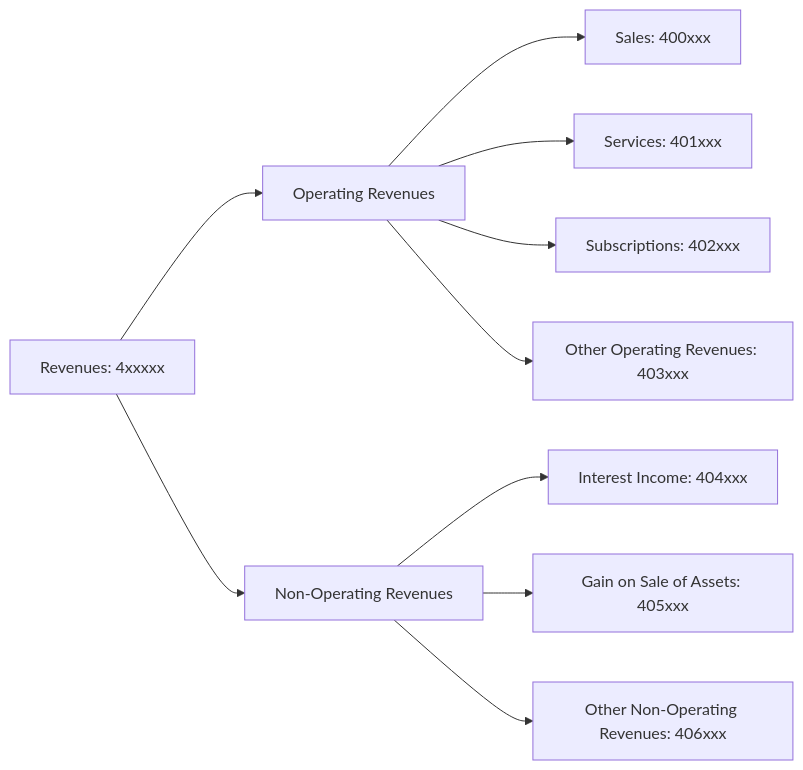
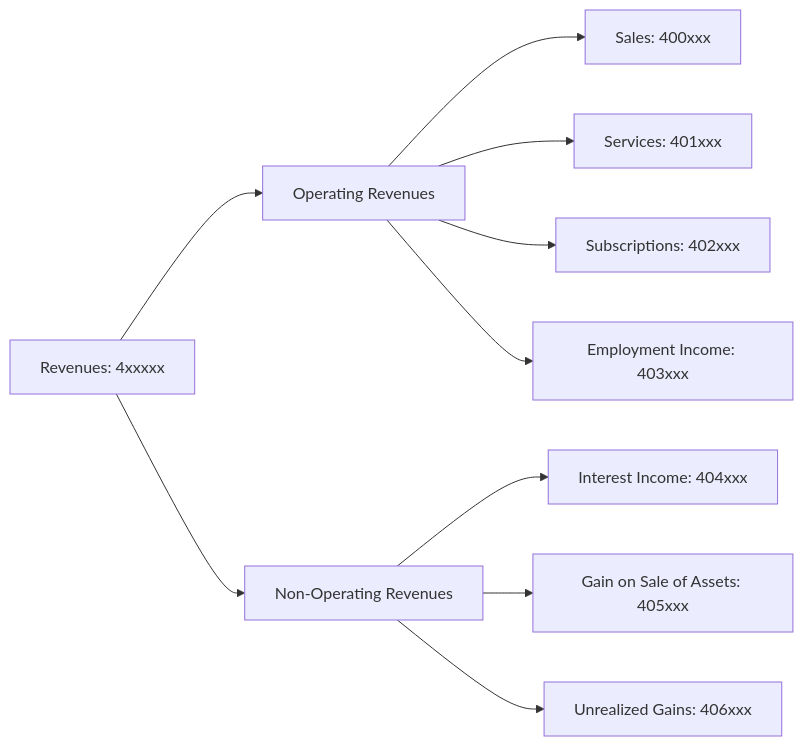
One commit to oosahon/ledgernova-core changed the diagram in src/domain/accounting/__doc__/assets/coa-revenues.mermaid. Above: the diagram before and after it, drawn with Mermaid. The commit also changed 276 other files, not shown here.

```diff
--- a/src/domain/accounting/__doc__/assets/coa-revenues.mermaid
+++ b/src/domain/accounting/__doc__/assets/coa-revenues.mermaid
@@ -1,16 +1,17 @@
 flowchart LR
     Revenues["Revenues: 4xxxxx"]
 
     OperatingRevenues["Operating Revenues"]
         Sales["Sales: 400xxx"]
         Services["Services: 401xxx"]
         Subscriptions["Subscriptions: 402xxx"]
-        OtherOperatingRevenues["Other Operating Revenues: 403xxx"]
+        EmploymentIncome["Employment Income: 403xxx"]
+        
     NonOperatingRevenues["Non-Operating Revenues"]
         InterestIncome["Interest Income: 404xxx"]
         GainOnSale["Gain on Sale of Assets: 405xxx"]
-        OtherNonOperatingRevenues["Other Non-Operating Revenues: 406xxx"]
+        UnrealizedGains["Unrealized Gains: 406xxx"]
 
     Revenues --> OperatingRevenues & NonOperatingRevenues
-    OperatingRevenues --> Sales & Services & Subscriptions & OtherOperatingRevenues
-    NonOperatingRevenues --> InterestIncome & GainOnSale & OtherNonOperatingRevenues
+    OperatingRevenues --> Sales & Services & Subscriptions & EmploymentIncome
+    NonOperatingRevenues --> InterestIncome & GainOnSale & UnrealizedGains
```
